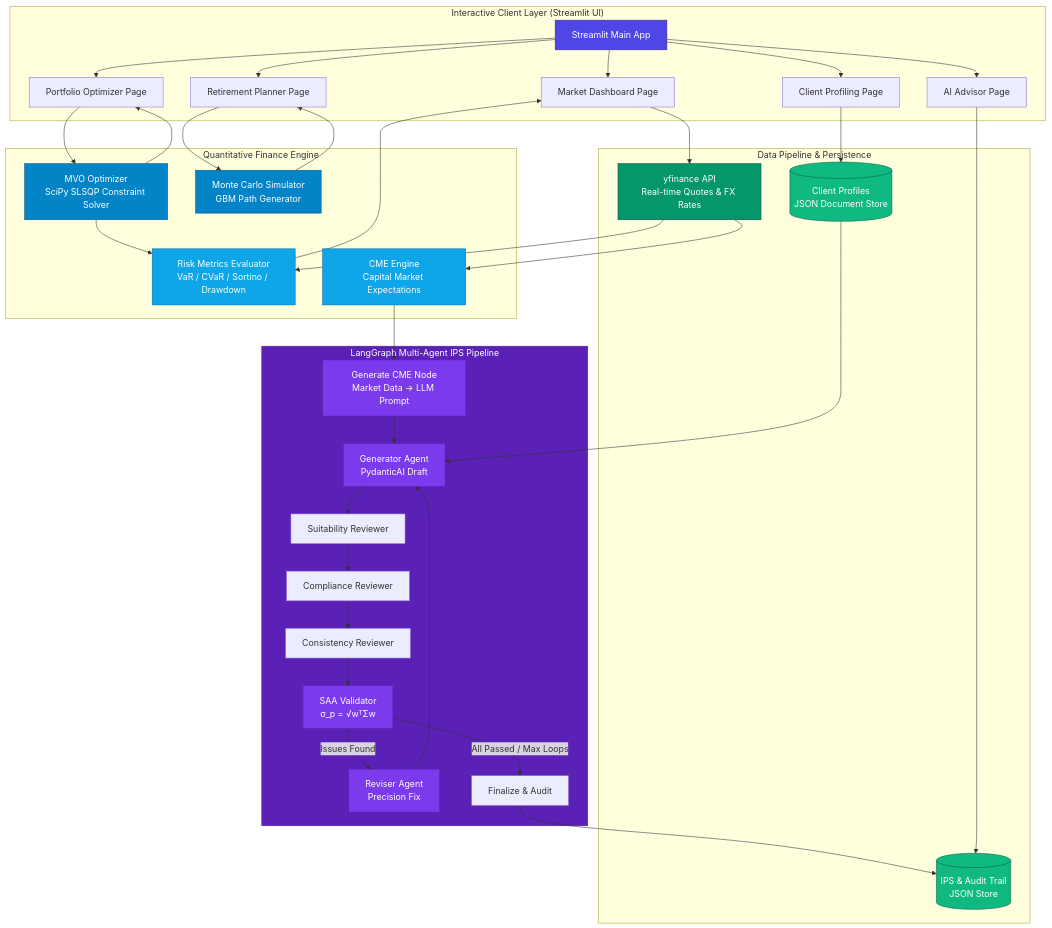
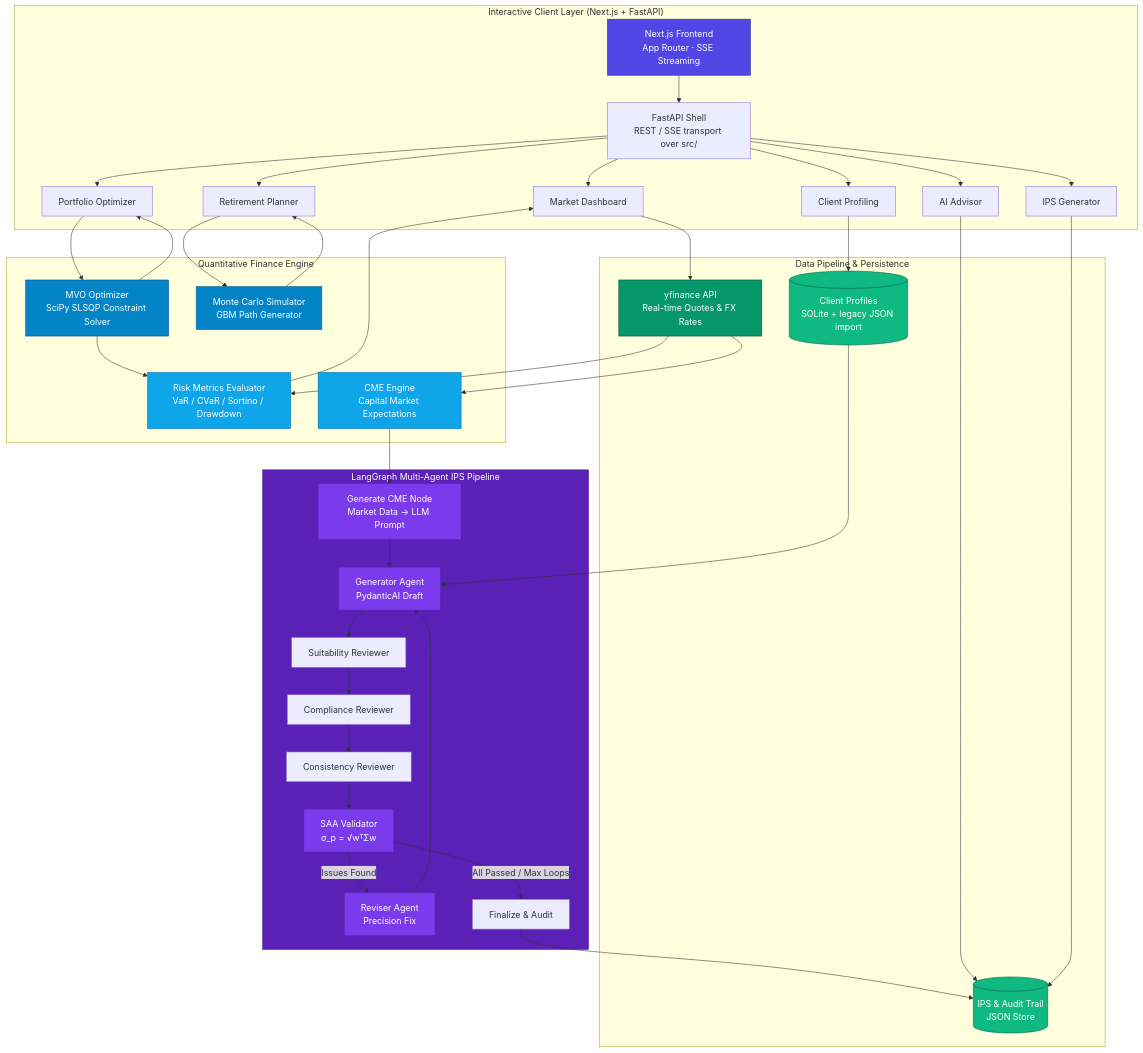
Before and after one commit to Michelia-L/AI-WealthPilot: the diagram in README.md, drawn with Mermaid. The commit also changed other lines of this file and 17 other files, not shown here.

````diff
--- a/README.md
+++ b/README.md
@@ -75,12 +76,14 @@
 ```mermaid
 graph TB
-    subgraph UI_Layer ["Interactive Client Layer (Streamlit UI)"]
-        UI[Streamlit Main App]
-        P1[Market Dashboard Page]
-        P2[Portfolio Optimizer Page]
-        P3[Retirement Planner Page]
-        P4[Client Profiling Page]
-        P5[AI Advisor Page]
+    subgraph UI_Layer ["Interactive Client Layer (Next.js + FastAPI)"]
+        UI[Next.js Frontend<br/>App Router · SSE Streaming]
+        API[FastAPI Shell<br/>REST / SSE transport over src/]
+        P1[Market Dashboard]
+        P2[Portfolio Optimizer]
+        P3[Retirement Planner]
+        P4[Client Profiling]
+        P5[AI Advisor]
+        P6[IPS Generator]
     end
 
     subgraph Quant_Engine ["Quantitative Finance Engine"]
@@ -106,12 +109,13 @@
 
     subgraph Data_Layer ["Data Pipeline & Persistence"]
         YF[yfinance API<br/>Real-time Quotes & FX Rates]
-        JSON_DB[(Client Profiles<br/>JSON Document Store)]
+        JSON_DB[(Client Profiles<br/>SQLite + legacy JSON import)]
         IPS_DB[(IPS & Audit Trail<br/>JSON Store)]
     end
 
     %% UI Routing
-    UI --> P1 & P2 & P3 & P4 & P5
+    UI --> API
+    API --> P1 & P2 & P3 & P4 & P5 & P6
 
     %% Market Data Flow
     P1 --> YF
@@ -136,6 +140,7 @@
     %% Storage Flow
     Final --> IPS_DB
     P5 --> IPS_DB
+    P6 --> IPS_DB
     
     style UI fill:#4f46e5,stroke:#312e81,color:#fff
     style MVO fill:#0284c7,stroke:#075985,color:#fff
````
